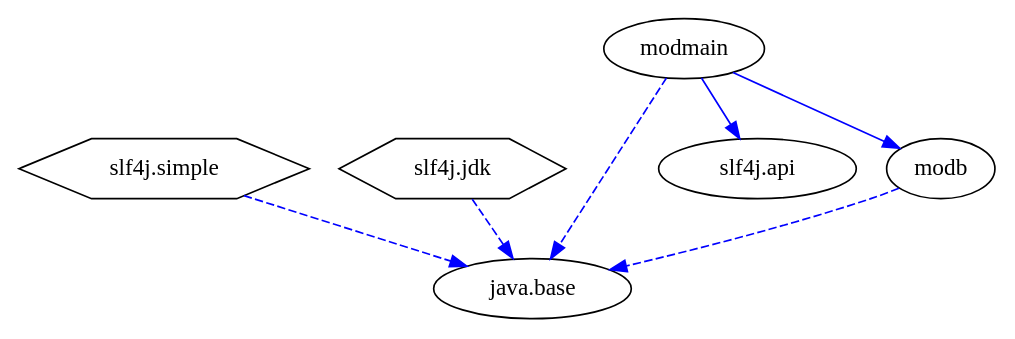
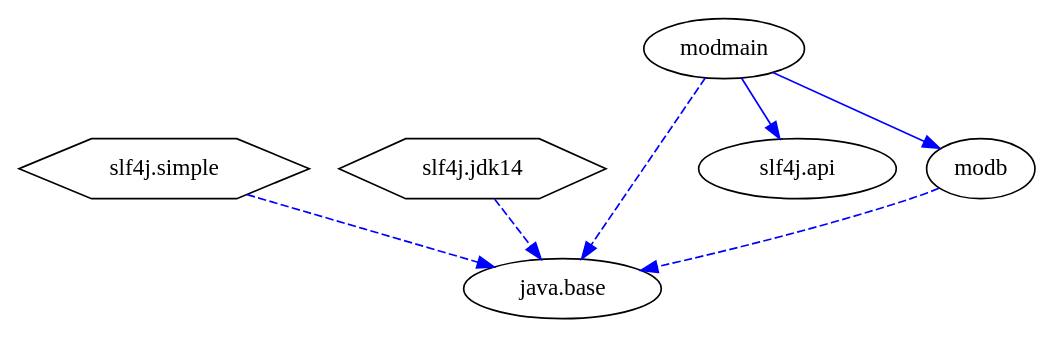
The diagram in jigsaw-examples/example_automatic-module-logging/moduledependencies.dot (accso/java9-jigsaw-examples), drawn with Graphviz before and after one commit. The commit also changed 112 other files, not shown here.

```diff
--- a/jigsaw-examples/example_automatic-module-logging/moduledependencies.dot
+++ b/jigsaw-examples/example_automatic-module-logging/moduledependencies.dot
@@ -1,15 +1,15 @@
-# Created by depvis.JigsawDepVisualizer on Fri Dec 30 11:16:57 CET 2016
+# Created by depvis.JigsawDepVisualizer on Thu Mar 30 16:04:40 CEST 2017
 digraph Java9_Dependency_Visualizer {
 slf4j_simple[fontname="Consolas",shape="hexagon",label="slf4j.simple"];
 java_base[fontname="Consolas",shape="ellipse",label="java.base"];
-slf4j_jdk[fontname="Consolas",shape="hexagon",label="slf4j.jdk"];
+slf4j_jdk14[fontname="Consolas",shape="hexagon",label="slf4j.jdk14"];
 modmain[fontname="Consolas",shape="ellipse",label="modmain"];
 slf4j_api[fontname="Consolas",shape="ellipse",label="slf4j.api"];
 modb[fontname="Consolas",shape="ellipse",label="modb"];
 slf4j_simple -> java_base[color="#0000ff",fontname="Consolas",fontcolor="#0000ff",style="dashed",weight="16"]
-slf4j_jdk -> java_base[color="#0000ff",fontname="Consolas",fontcolor="#0000ff",style="dashed",weight="16"]
+slf4j_jdk14 -> java_base[color="#0000ff",fontname="Consolas",fontcolor="#0000ff",style="dashed",weight="16"]
 modmain -> slf4j_api[color="#0000ff",fontname="Consolas",fontcolor="#0000ff",weight="8"]
 modmain -> modb[color="#0000ff",fontname="Consolas",fontcolor="#0000ff",weight="8"]
 modmain -> java_base[color="#0000ff",fontname="Consolas",fontcolor="#0000ff",style="dashed",weight="16"]
 modb -> java_base[color="#0000ff",fontname="Consolas",fontcolor="#0000ff",style="dashed",weight="16"]
 }
```
